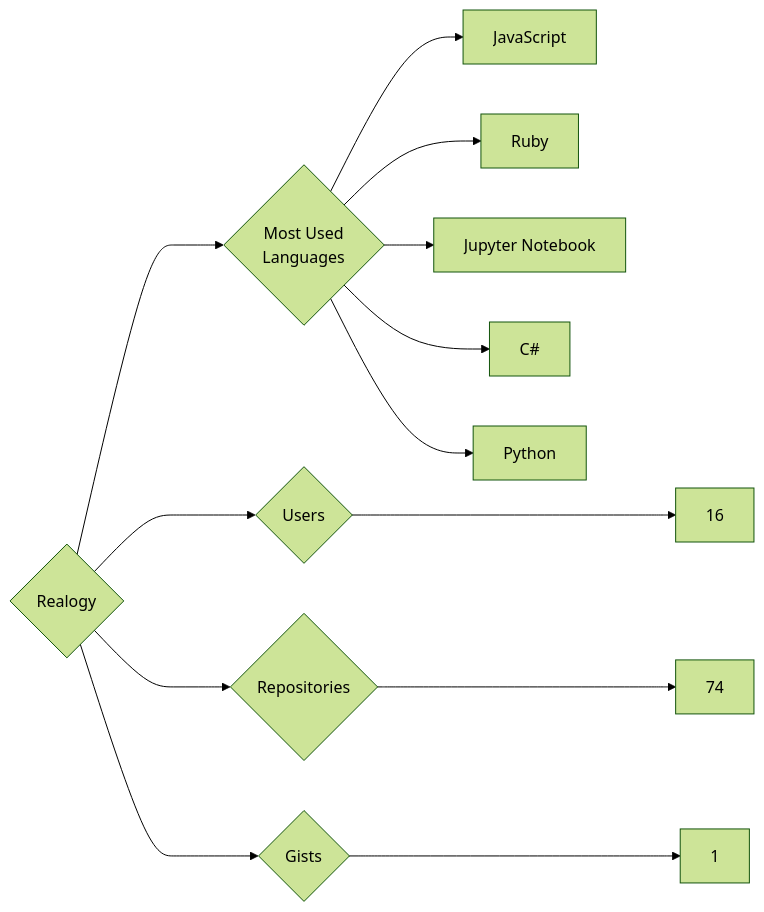
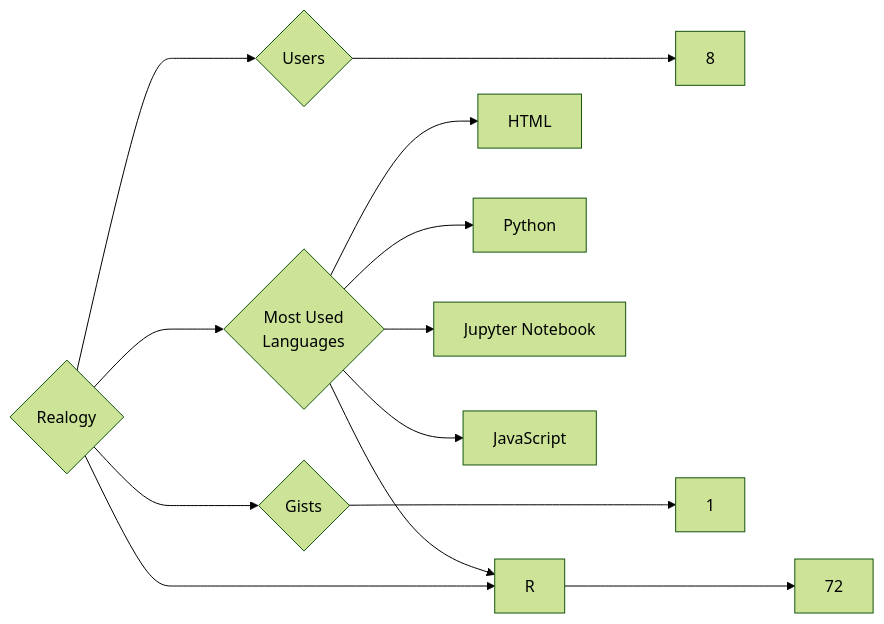
The diagram in targets/Realogy/README.md (trickest/insiders), drawn with Mermaid (forest theme) before and after one commit. The commit also changed 833 other files, not shown here.

````diff
--- a/targets/Realogy/README.md
+++ b/targets/Realogy/README.md
@@ -3,13 +3,13 @@
 ```mermaid
 graph LR
 COMPANY_NAME{Realogy}
-COMPANY_NAME ---> U{Users} ---> UN[16]
-COMPANY_NAME ---> R{Repositories} ---> RN[74]
+COMPANY_NAME ---> U{Users} ---> UN[8]
+COMPANY_NAME ---> R{Repositories} ---> RN[72]
 COMPANY_NAME ---> G{Gists} ---> GN[1]
 COMPANY_NAME ---> ML{Most Used<br>Languages}
+ML --> HTML[HTML]
+ML --> Python[Python]
+ML --> Jupyter_Notebook[Jupyter Notebook]
+ML --> R[R]
 ML --> JavaScript[JavaScript]
-ML --> Ruby[Ruby]
-ML --> Jupyter_Notebook[Jupyter Notebook]
-ML --> C#[C#]
-ML --> Python[Python]
 ```
````
